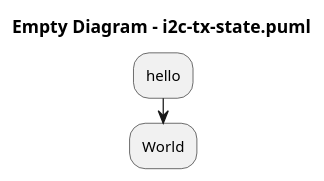
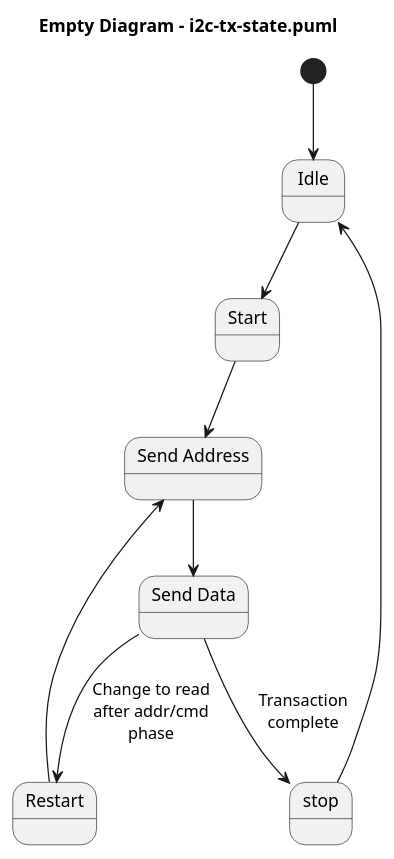
Before and after one commit to aodonnell-ca/glorified-plumbing-public: the diagram in plantuml/i2c-tx-state.puml, drawn with PlantUML.

Commit message:
PlantText Commit: Initial: Basic I2C Transmitter state diagram.

```diff
--- a/plantuml/i2c-tx-state.puml
+++ b/plantuml/i2c-tx-state.puml
@@ -1,7 +1,21 @@
 @startuml
 
 title Empty Diagram - i2c-tx-state.puml
-:hello;
-:World;
+
+state Idle
+state Start
+state addr as "Send Address"
+state data as "Send Data"
+state Restart
+state stop
+
+[*] --> Idle
+Idle --> Start
+Start --> addr
+addr --> data
+data --> stop : Transaction\ncomplete
+data --> Restart : Change to read\nafter addr/cmd\nphase
+Restart --> addr
+stop --> Idle
 
 @enduml
```
